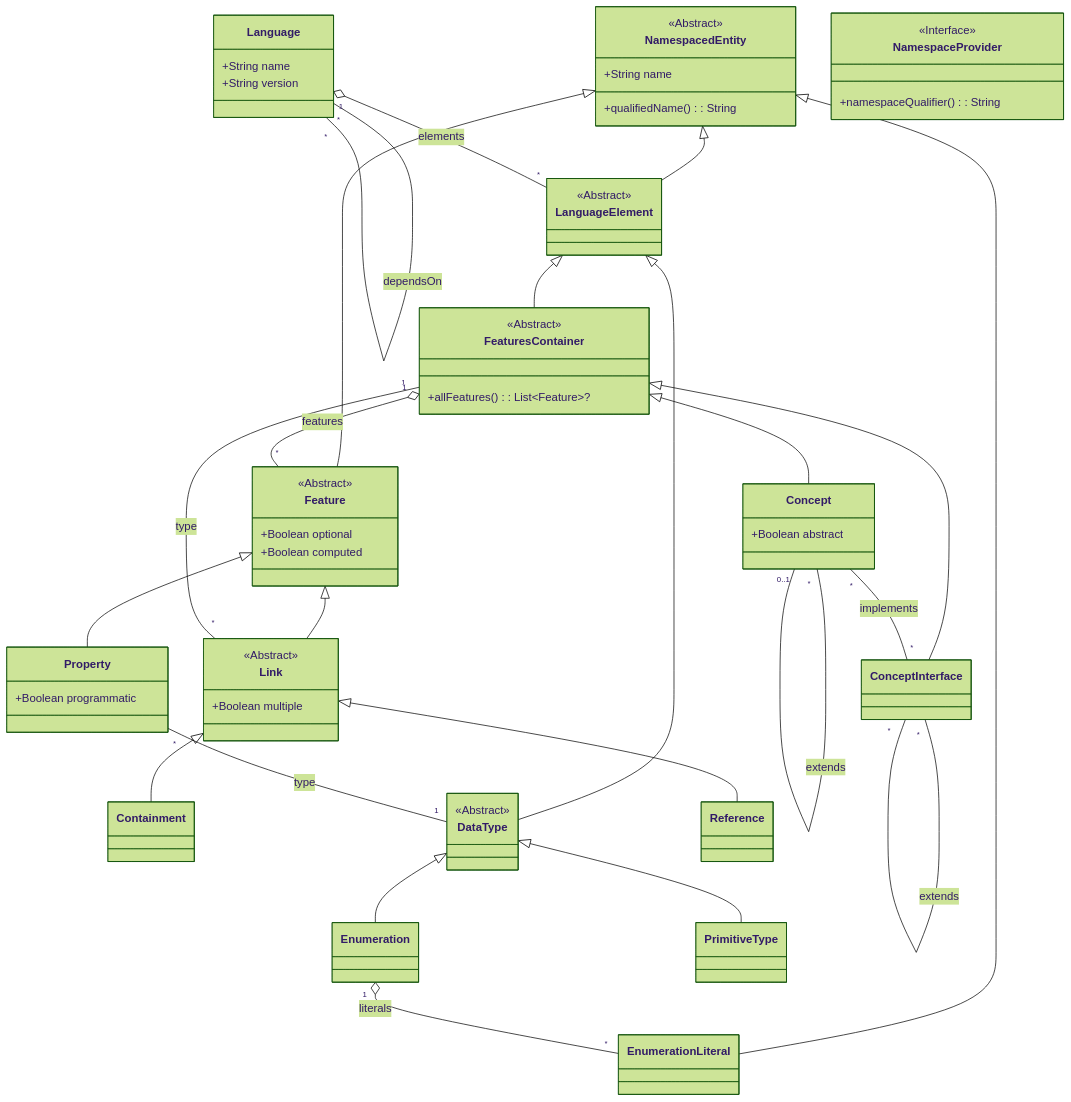
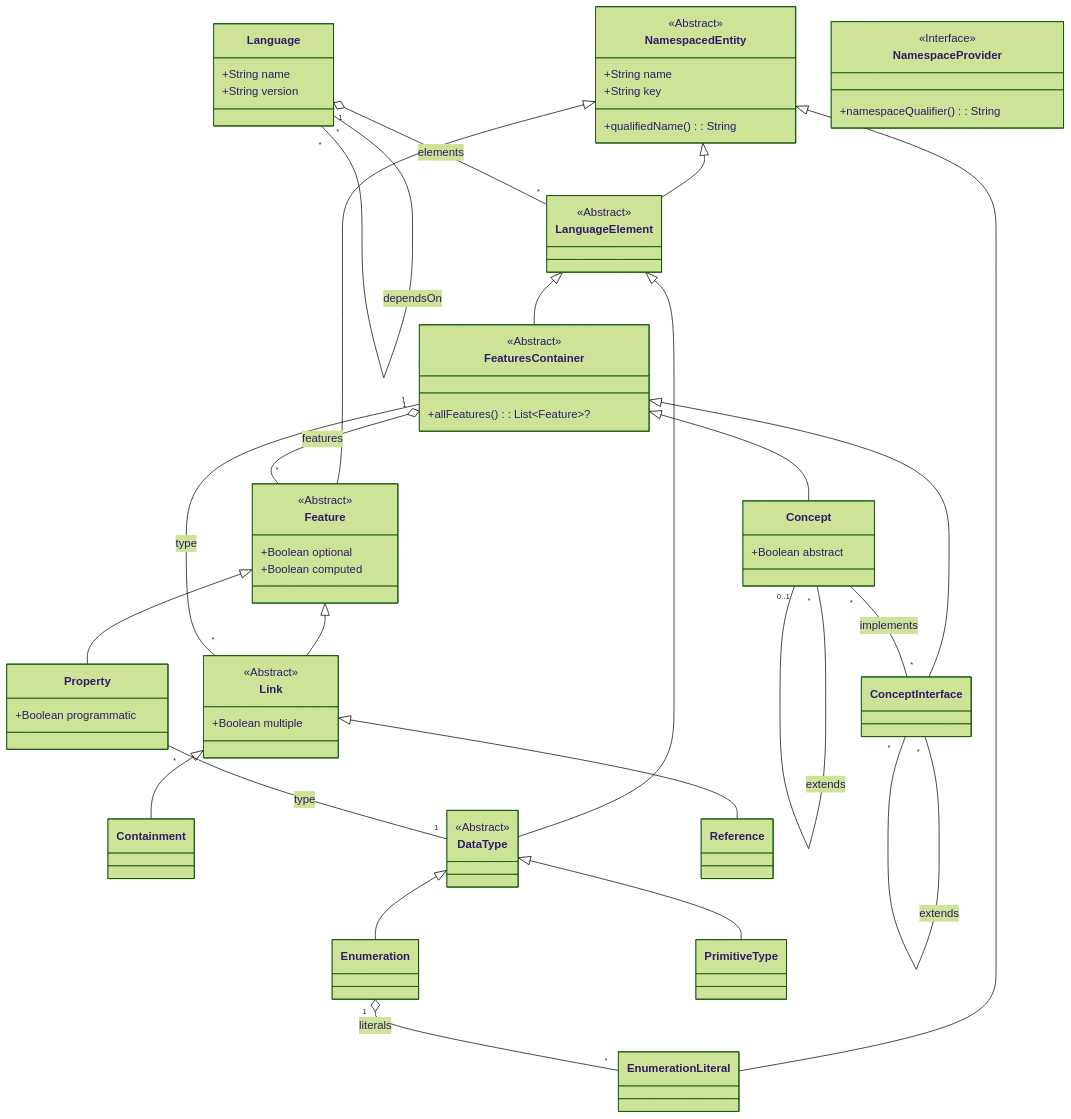
The diagram in diagrams/metametamodel-gen.md (LionWeb-io/lionweb-typescript), drawn with Mermaid (forest theme) before and after one commit. The commit also changed 7 other files, not shown here.

```diff
--- a/diagrams/metametamodel-gen.md
+++ b/diagrams/metametamodel-gen.md
@@ -57,6 +57,7 @@
 
   class NamespacedEntity {
     +String name
+    +String key
     +qualifiedName() : String
   }
   <<Abstract>> NamespacedEntity
```
